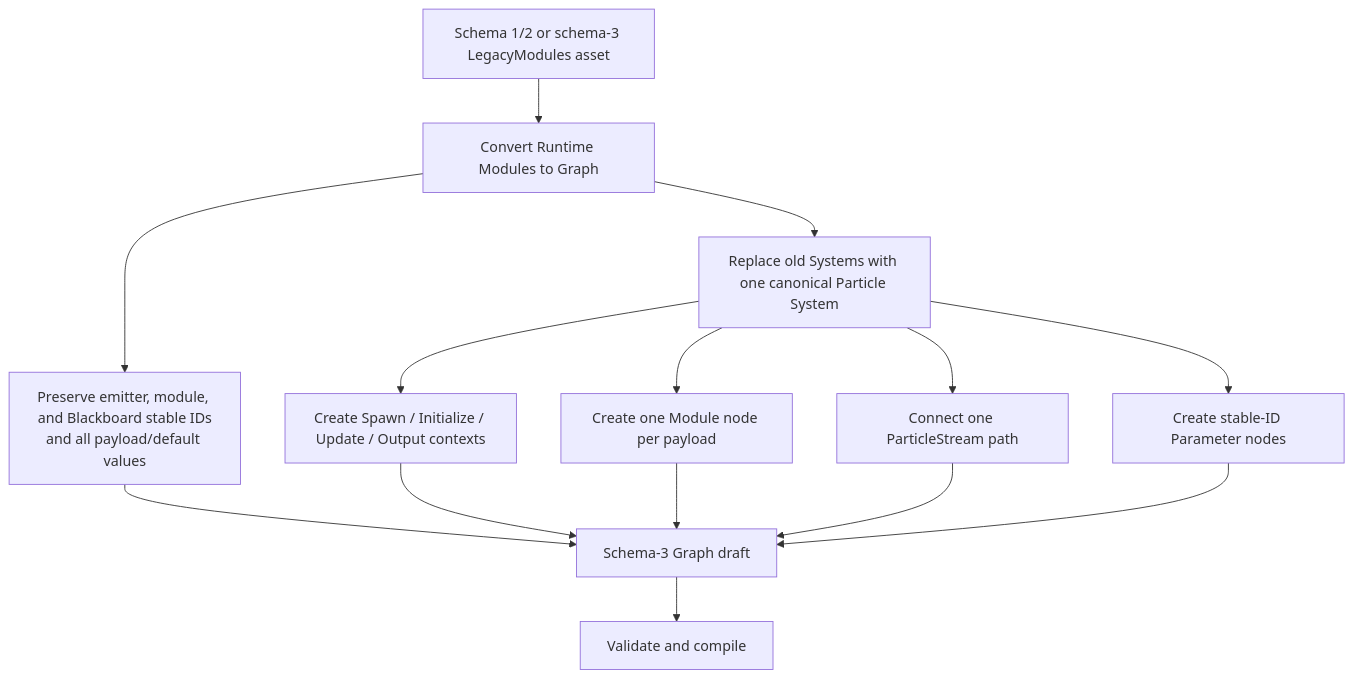
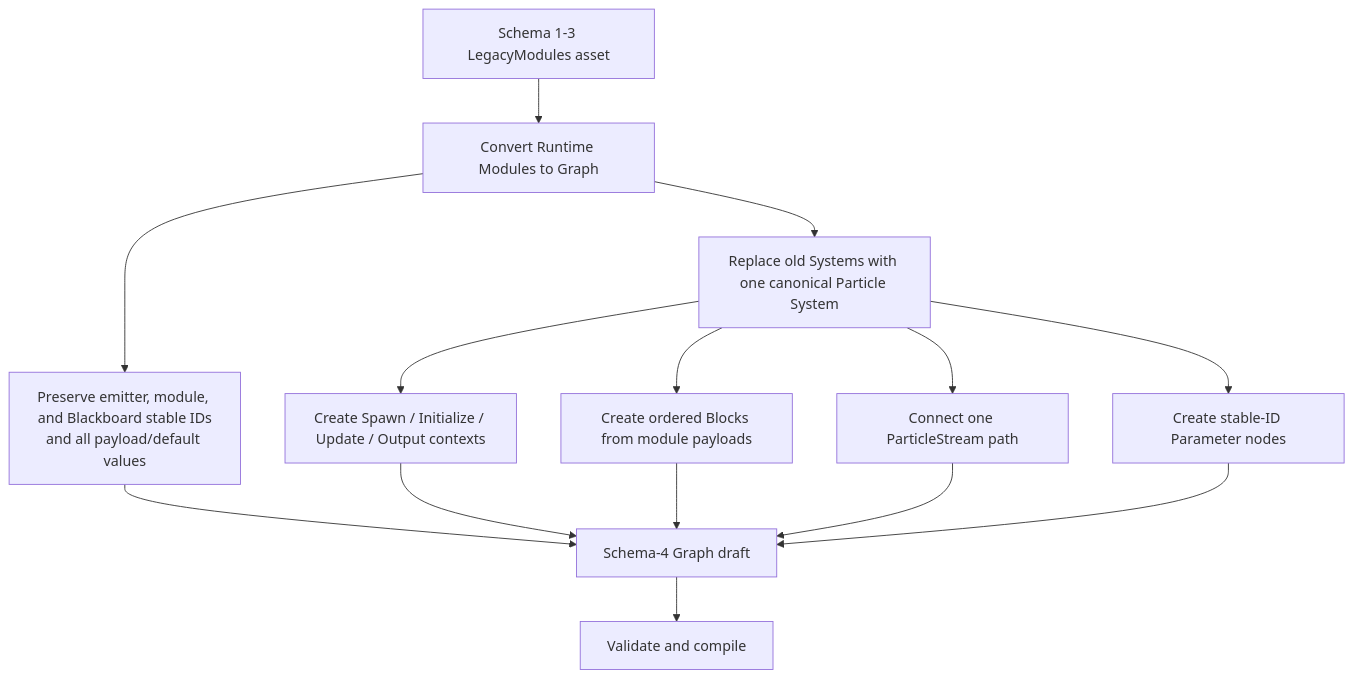
Before and after one commit to hcfgod/KeireEngine: the seventh of 11 diagrams in docs/Vfx.md, drawn with Mermaid. The commit also changed other lines of this file and 60 other files, not shown here.

````diff
--- a/docs/Vfx.md
+++ b/docs/Vfx.md
@@ -210,16 +406,16 @@
 ```mermaid
 flowchart TD
-    Old["Schema 1/2 or schema-3 LegacyModules asset"] --> Convert["Convert Runtime Modules to Graph"]
+    Old["Schema 1-3 LegacyModules asset"] --> Convert["Convert Runtime Modules to Graph"]
     Convert --> Keep["Preserve emitter, module, and Blackboard stable IDs<br/>and all payload/default values"]
     Convert --> Replace["Replace old Systems with one canonical Particle System"]
     Replace --> Contexts["Create Spawn / Initialize / Update / Output contexts"]
-    Replace --> Nodes["Create one Module node per payload"]
+    Replace --> Blocks["Create ordered Blocks from module payloads"]
     Replace --> Cables["Connect one ParticleStream path"]
     Replace --> Params["Create stable-ID Parameter nodes"]
-    Keep --> Graph["Schema-3 Graph draft"]
+    Keep --> Graph["Schema-4 Graph draft"]
     Contexts --> Graph
-    Nodes --> Graph
+    Blocks --> Graph
     Cables --> Graph
     Params --> Graph
     Graph --> Compile["Validate and compile"]
 ```
````
